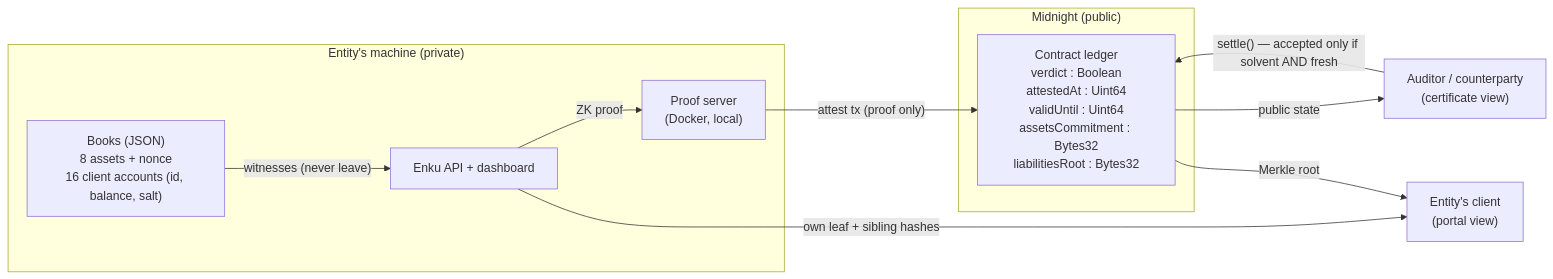
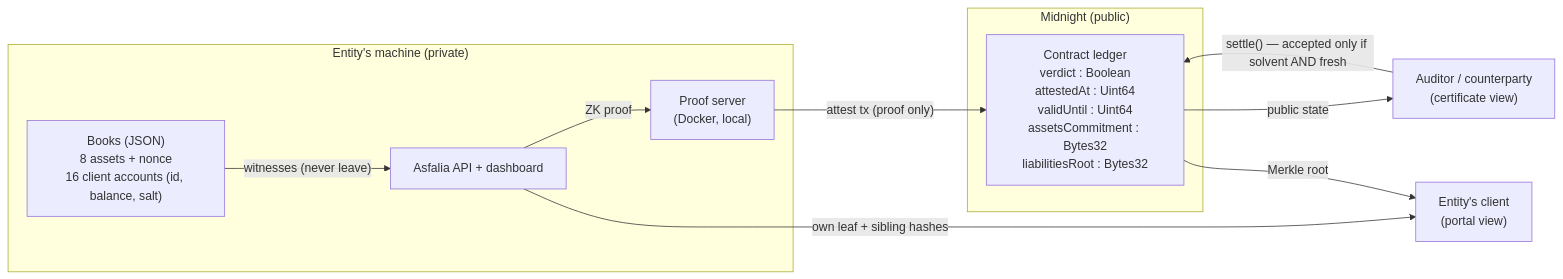
Before and after one commit to Jc-asastu/asfalia: the diagram in README.md, drawn with Mermaid. The commit also changed other lines of this file and 15 other files, not shown here.

First line of the commit message:
Pivot de nombre: Enku -> Asfalia

````diff
--- a/README.md
+++ b/README.md
@@ -42,21 +42,21 @@
 ```mermaid
 flowchart LR
     subgraph entity ["Entity's machine (private)"]
         book["Books (JSON)<br/>8 assets + nonce<br/>16 client accounts (id, balance, salt)"]
         ps["Proof server<br/>(Docker, local)"]
-        api["Enku API + dashboard"]
+        api["Asfalia API + dashboard"]
     end
     subgraph chain ["Midnight (public)"]
         ledger["Contract ledger<br/>verdict : Boolean<br/>attestedAt : Uint64<br/>validUntil : Uint64<br/>assetsCommitment : Bytes32<br/>liabilitiesRoot : Bytes32"]
     end
     auditor["Auditor / counterparty<br/>(certificate view)"]
     client["Entity's client<br/>(portal view)"]
 
     book -- "witnesses (never leave)" --> api
     api -- "ZK proof" --> ps
     ps -- "attest tx (proof only)" --> ledger
     ledger -- "public state" --> auditor
     auditor -- "settle() — accepted only if solvent AND fresh" --> ledger
     api -- "own leaf + sibling hashes" --> client
     ledger -- "Merkle root" --> client
 ```
````
